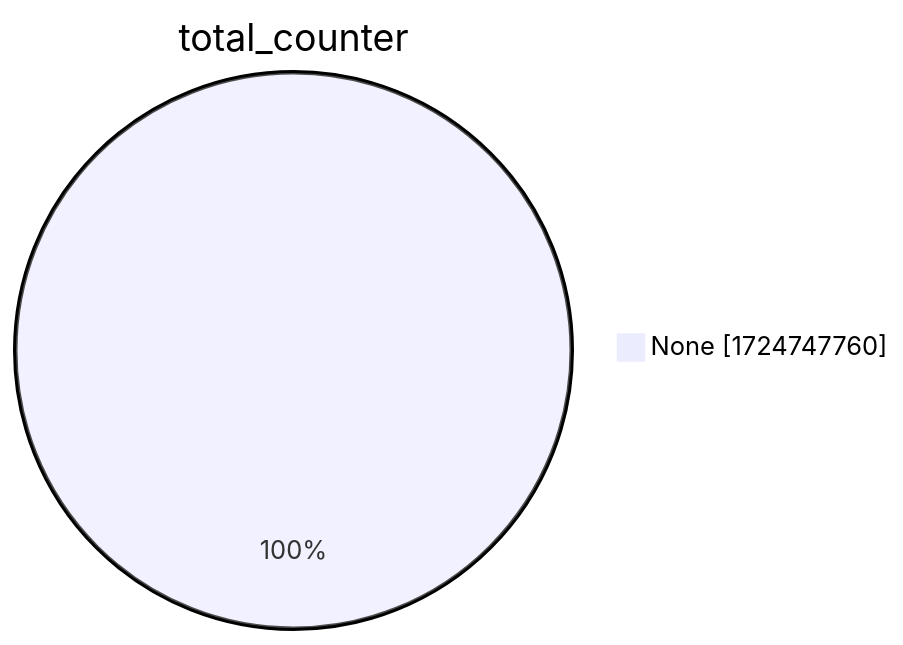
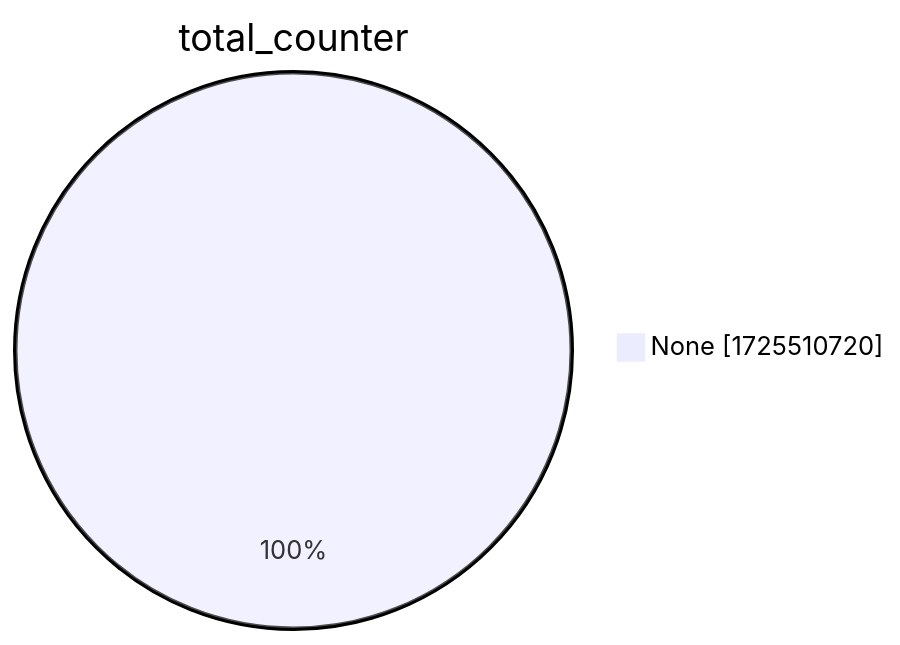
One commit to christiankrug/ctmonitor_visualization changed the second of 15 diagrams in xenon2022/README.md. Above: the diagram before and after it, drawn with Mermaid. The commit also changed other lines of this file, not shown here.

````diff
--- a/xenon2022/README.md
+++ b/xenon2022/README.md
@@ -9,5 +9,5 @@
 ```mermaid
 pie showData
 title total_counter
-"None" :1724747760
+"None" :1725510720
 ```
````
